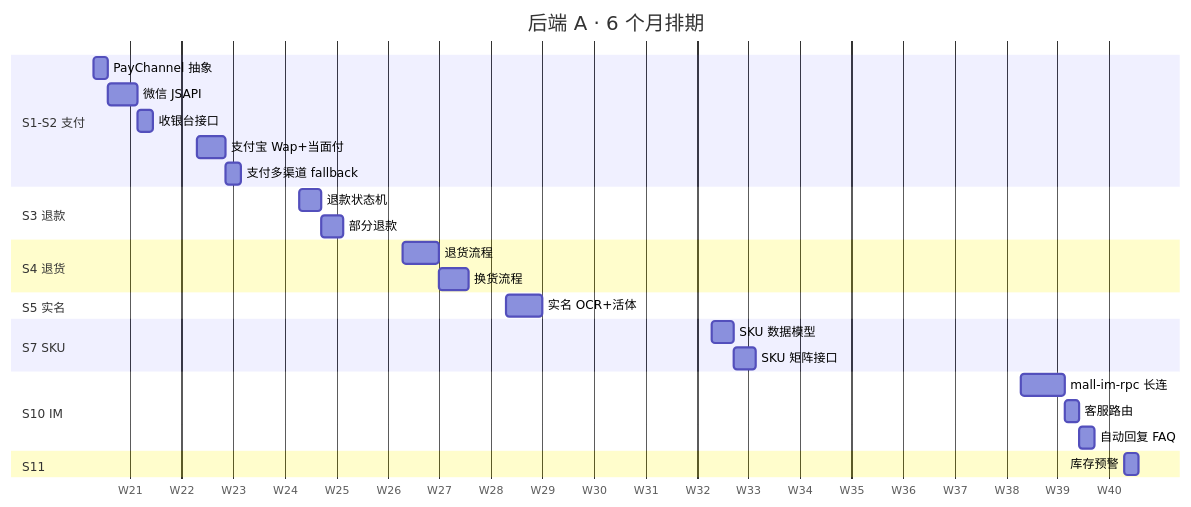
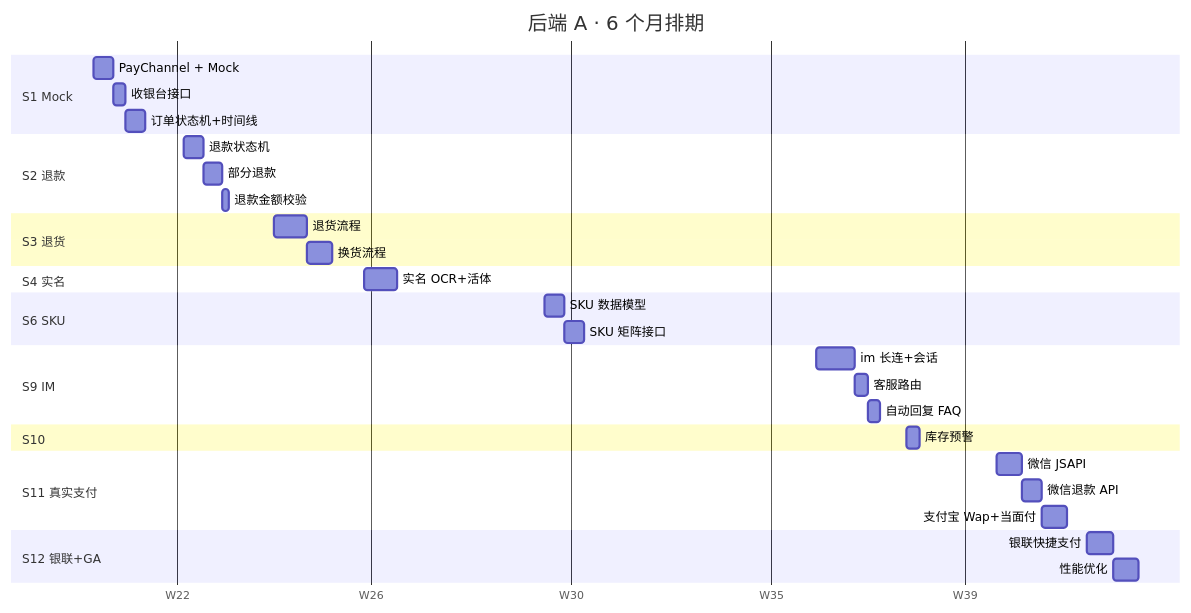
Before and after one commit to carter4cn/yw-mall-docs: the first of 7 diagrams in planning/q1q2_tracking.md, drawn with Mermaid. The commit also changed other lines of this file and 1 other file, not shown here.

First line of the commit message:
refactor(planning): 真实支付通道延后到 S11-S12，前期用 Mock

````diff
--- a/planning/q1q2_tracking.md
+++ b/planning/q1q2_tracking.md
@@ -216,29 +226,35 @@
 ```mermaid
 gantt
     title 后端 A · 6 个月排期
     dateFormat YYYY-MM-DD
     axisFormat W%U
-    section S1-S2 支付
-    PayChannel 抽象       :a11, 2026-05-19, 2d
-    微信 JSAPI            :a12, after a11, 4d
-    收银台接口            :a13, after a12, 2d
-    支付宝 Wap+当面付     :a21, 2026-06-02, 4d
-    支付多渠道 fallback   :a22, after a21, 2d
-    section S3 退款
-    退款状态机            :a31, 2026-06-16, 3d
-    部分退款              :a32, after a31, 3d
-    section S4 退货
-    退货流程              :a41, 2026-06-30, 5d
-    换货流程              :a42, after a41, 4d
-    section S5 实名
-    实名 OCR+活体         :a51, 2026-07-14, 5d
-    section S7 SKU
-    SKU 数据模型          :a71, 2026-08-11, 3d
-    SKU 矩阵接口          :a72, after a71, 3d
-    section S10 IM
-    mall-im-rpc 长连      :a101, 2026-09-22, 6d
-    客服路由              :a102, after a101, 2d
-    自动回复 FAQ          :a103, after a102, 2d
-    section S11
-    库存预警              :a111, 2026-10-06, 2d
+    section S1 Mock
+    PayChannel + Mock     :a11, 2026-05-19, 3d
+    收银台接口            :a12, after a11, 2d
+    订单状态机+时间线     :a13, after a12, 3d
+    section S2 退款
+    退款状态机            :a21, 2026-06-02, 3d
+    部分退款              :a22, after a21, 3d
+    退款金额校验          :a23, after a22, 1d
+    section S3 退货
+    退货流程              :a31, 2026-06-16, 5d
+    换货流程              :a32, after a31, 4d
+    section S4 实名
+    实名 OCR+活体         :a41, 2026-06-30, 5d
+    section S6 SKU
+    SKU 数据模型          :a61, 2026-07-28, 3d
+    SKU 矩阵接口          :a62, after a61, 3d
+    section S9 IM
+    im 长连+会话          :a91, 2026-09-08, 6d
+    客服路由              :a92, after a91, 2d
+    自动回复 FAQ          :a93, after a92, 2d
+    section S10
+    库存预警              :a101, 2026-09-22, 2d
+    section S11 真实支付
+    微信 JSAPI            :a111, 2026-10-06, 4d
+    微信退款 API          :a112, after a111, 3d
+    支付宝 Wap+当面付     :a113, after a112, 4d
+    section S12 银联+GA
+    银联快捷支付          :a121, 2026-10-20, 4d
+    性能优化              :a122, after a121, 4d
 ```
````
